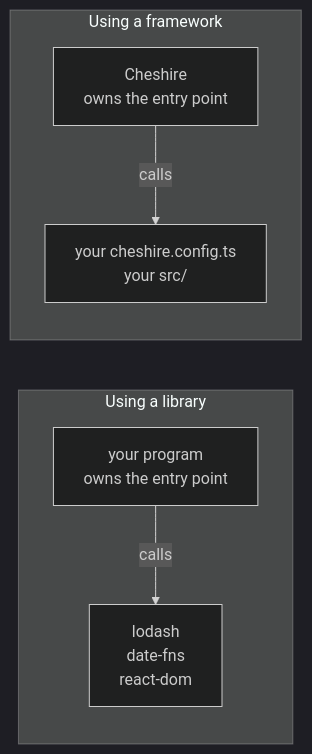
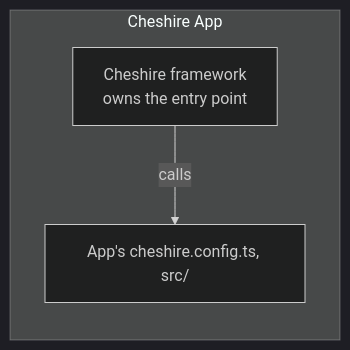
Before and after one commit to meersajidh/cheshire: the first of 6 diagrams in docs/references/framework-architecture.md, drawn with Mermaid (dark theme). The commit also changed other lines of this file, not shown here.

````diff
--- a/docs/references/framework-architecture.md
+++ b/docs/references/framework-architecture.md
@@ -28,9 +26,6 @@
 ```mermaid
 flowchart LR
-  subgraph LIB["Using a library"]
-    A["your program<br/>owns the entry point"] -->|calls| B["lodash<br/>date-fns<br/>react-dom"]
-  end
-  subgraph FW["Using a framework"]
-    C["Cheshire<br/>owns the entry point"] -->|calls| D["your cheshire.config.ts<br/>your src/"]
+  subgraph FW["Cheshire App"]
+    C["Cheshire framework<br/>owns the entry point"] -->|calls| D["App's cheshire.config.ts, src/"]
   end
 ```
````
